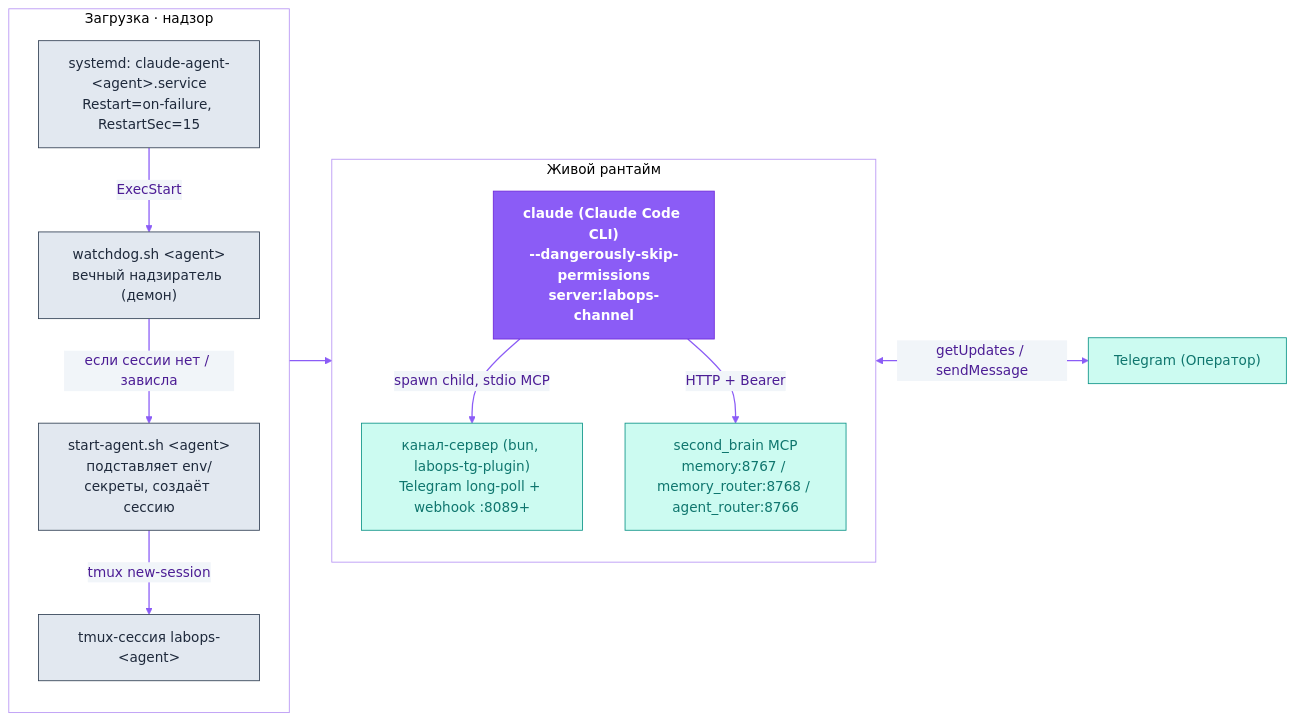
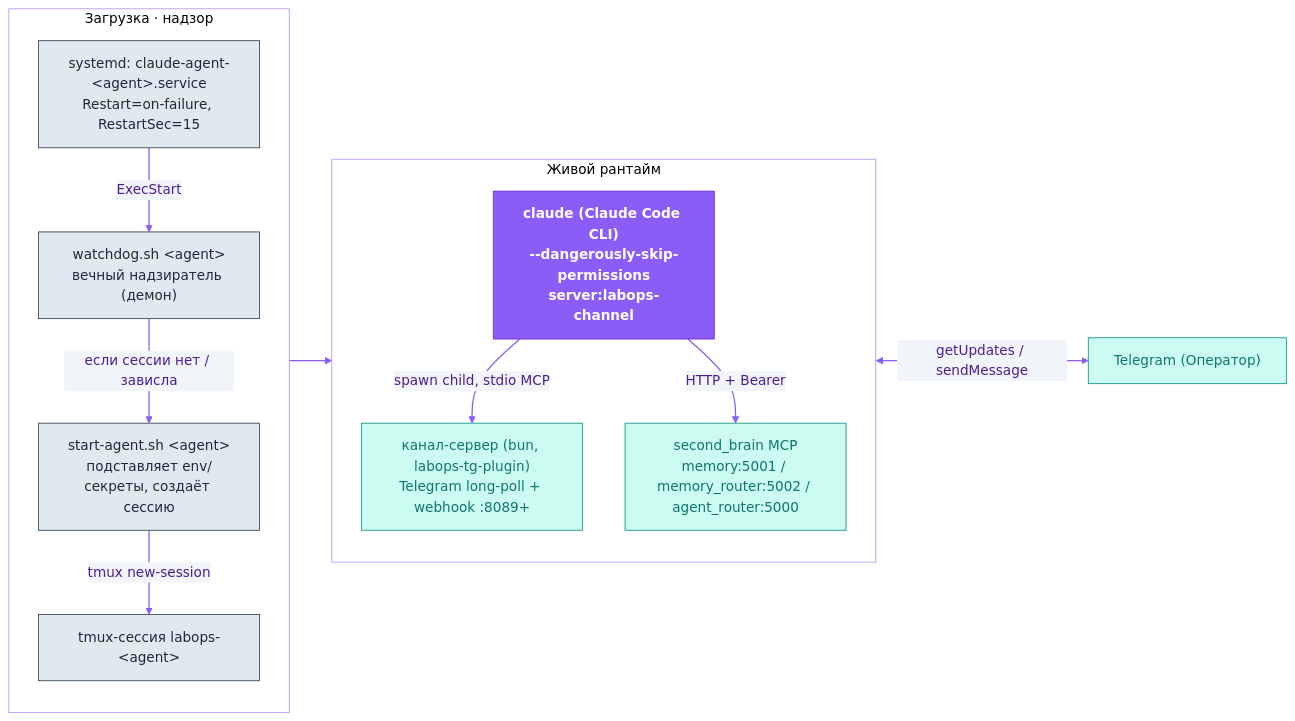
One commit to dediukhinpa/labops-agent-architecture changed the second of 4 diagrams in README.ru.md. Above: the diagram before and after it, drawn with Mermaid. The commit also changed other lines of this file and 25 other files, not shown here.

````diff
--- a/README.ru.md
+++ b/README.ru.md
@@ -135,32 +135,32 @@
 ```mermaid
 %%{init: {'theme':'base','themeVariables':{'primaryColor':'#EDE9FE','primaryTextColor':'#4C1D95','primaryBorderColor':'#8B5CF6','lineColor':'#8B5CF6','secondaryColor':'#F1F5F9','tertiaryColor':'#ffffff','clusterBkg':'transparent','clusterBorder':'#B794F4','fontFamily':'Helvetica,Arial,sans-serif'}}}%%
 flowchart LR
   subgraph boot["Загрузка · надзор"]
     direction TB
     SD["systemd: claude-agent-&lt;agent&gt;.service<br/>Restart=on-failure, RestartSec=15"]
     WD["watchdog.sh &lt;agent&gt;<br/>вечный надзиратель (демон)"]
     SA["start-agent.sh &lt;agent&gt;<br/>подставляет env/секреты, создаёт сессию"]
     TM["tmux-сессия labops-&lt;agent&gt;"]
     SD -->|ExecStart| WD
     WD -->|если сессии нет / зависла| SA
     SA -->|tmux new-session| TM
   end
   subgraph live["Живой рантайм"]
     direction TB
     CC["claude (Claude Code CLI)<br/>--dangerously-skip-permissions<br/>server:labops-channel"]
     BUN["канал-сервер (bun, labops-tg-plugin)<br/>Telegram long-poll + webhook :8089+"]
-    SB["second_brain MCP<br/>memory:8767 / memory_router:8768 / agent_router:8766"]
+    SB["second_brain MCP<br/>memory:5001 / memory_router:5002 / agent_router:5000"]
   end
   TM --> CC
   CC -->|spawn child, stdio MCP| BUN
   CC -->|HTTP + Bearer| SB
   BUN <-->|getUpdates / sendMessage| TG["Telegram (Оператор)"]
   classDef brand fill:#8B5CF6,stroke:#6D28D9,color:#ffffff,font-weight:bold
   classDef ext fill:#CCFBF1,stroke:#0D9488,color:#0F766E
   classDef store fill:#FEF3C7,stroke:#D97706,color:#92400E
   classDef sys fill:#E2E8F0,stroke:#334155,color:#1E293B
   linkStyle default stroke:#8B5CF6,stroke-width:1.5px
   class CC brand
   class SD,WD,SA,TM sys
   class BUN,SB,TG ext
 ```
````
